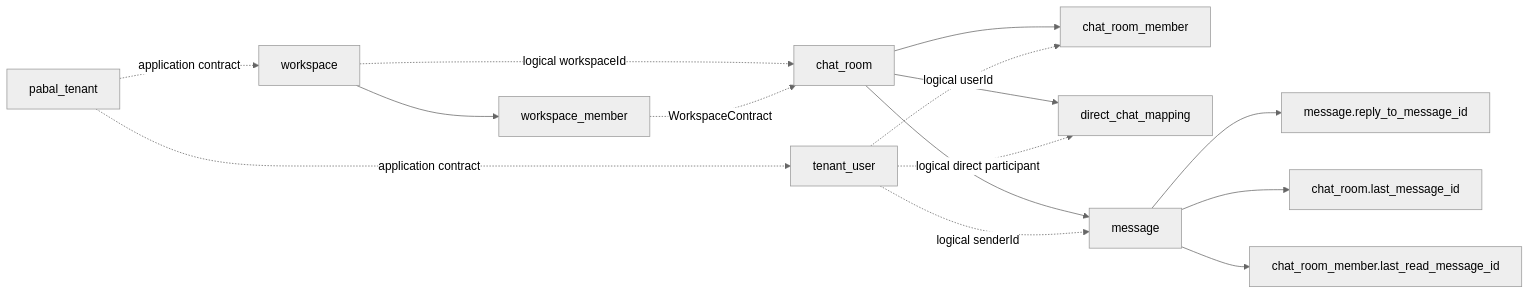
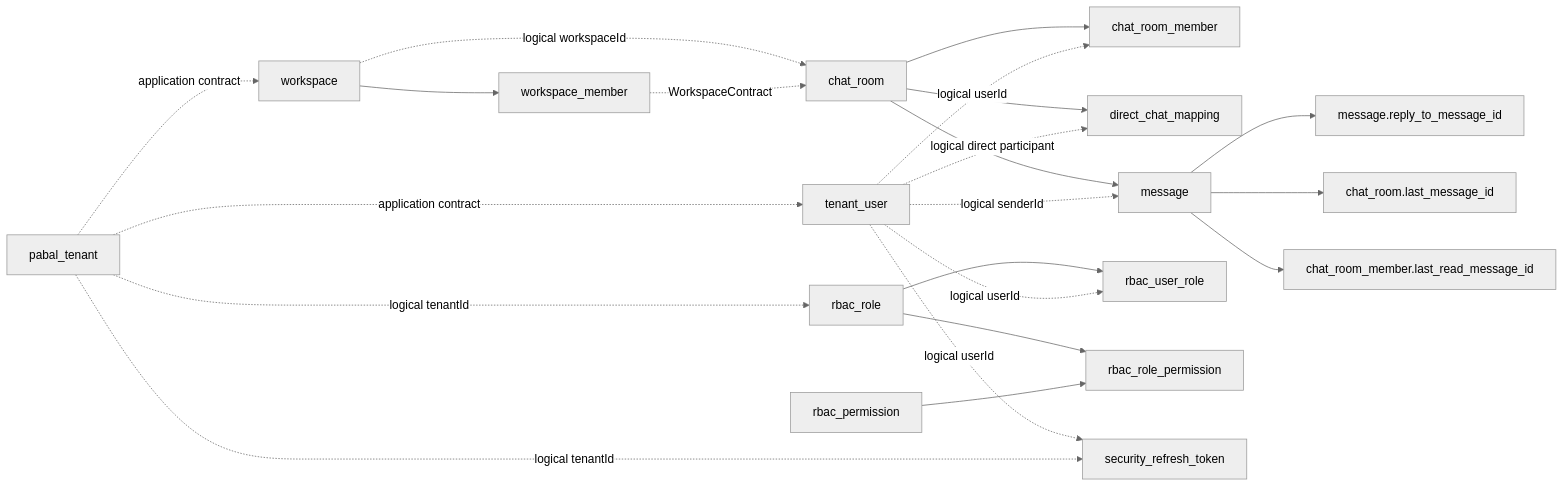
One commit to woojun-k/pabal changed the diagram in docs/architecture/database-schema-and-constraints.md. Above: the diagram before and after it, drawn with Mermaid (neutral theme). The commit also changed other lines of this file and 86 other files, not shown here.

Commit message:
feat(security,auth): 횡단 관심사 기반 RBAC 인가 모델 도입 및 Refresh Token Rotation 구현

````diff
--- a/docs/architecture/database-schema-and-constraints.md
+++ b/docs/architecture/database-schema-and-constraints.md
@@ -43,19 +46,27 @@
 ```mermaid
 flowchart LR
     tenant["pabal_tenant"]
     workspace["workspace"] --> workspace_member["workspace_member"]
     user["tenant_user"]
     room["chat_room"] --> member["chat_room_member"]
     room --> mapping["direct_chat_mapping"]
     room --> message["message"]
     message --> reply["message.reply_to_message_id"]
     message --> last["chat_room.last_message_id"]
     message --> read["chat_room_member.last_read_message_id"]
     tenant -. "application contract" .-> user
     tenant -. "application contract" .-> workspace
     workspace -. "logical workspaceId" .-> room
     workspace_member -. "WorkspaceContract" .-> room
     user -. "logical userId" .-> member
     user -. "logical senderId" .-> message
     user -. "logical direct participant" .-> mapping
+    role["rbac_role"] --> user_role["rbac_user_role"]
+    role --> role_permission["rbac_role_permission"]
+    permission["rbac_permission"] --> role_permission
+    user -. "logical userId" .-> user_role
+    tenant -. "logical tenantId" .-> role
+    refresh["security_refresh_token"]
+    user -. "logical userId" .-> refresh
+    tenant -. "logical tenantId" .-> refresh
 ```
````
